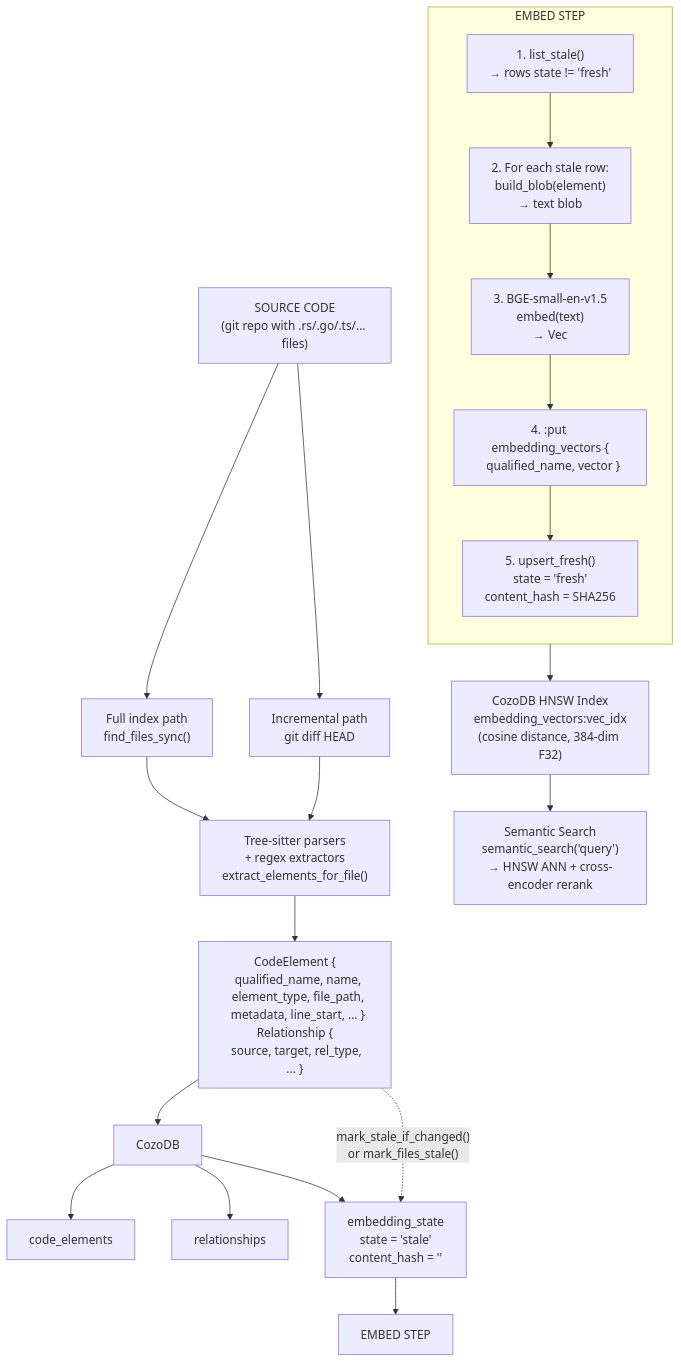
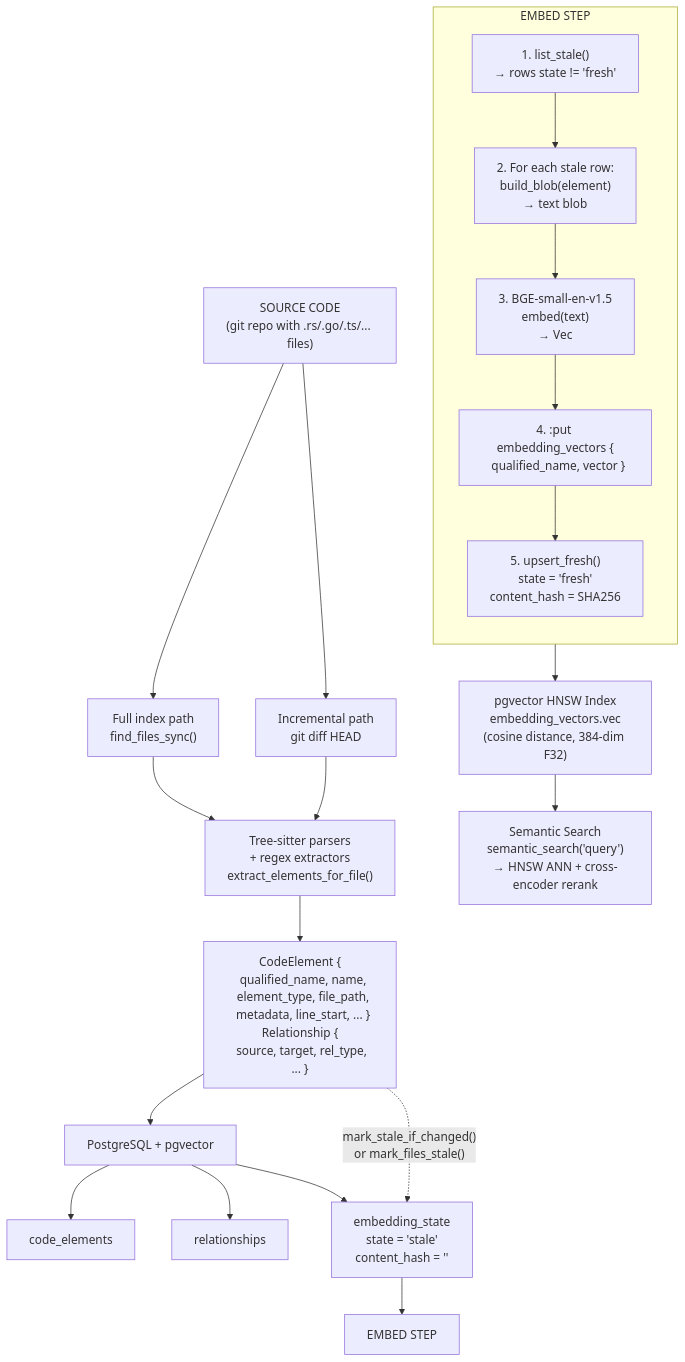
Before and after one commit to FreePeak/LeanKG: the first of 4 diagrams in docs/index-embed-flow.md, drawn with Mermaid. The commit also changed other lines of this file and 114 other files, not shown here.

````diff
--- a/docs/index-embed-flow.md
+++ b/docs/index-embed-flow.md
@@ -691,35 +689,35 @@
 ```mermaid
 flowchart TD
     SRC["SOURCE CODE\n(git repo with .rs/.go/.ts/... files)"]
 
     SRC --> FULL["Full index path\nfind_files_sync()"]
     SRC --> INCR["Incremental path\ngit diff HEAD"]
 
     FULL --> EXTRACT["Tree-sitter parsers\n+ regex extractors\nextract_elements_for_file()"]
     INCR --> EXTRACT
 
     EXTRACT --> ELEM["CodeElement {\n  qualified_name, name,\n  element_type, file_path,\n  metadata, line_start, ... }\nRelationship {\n  source, target, rel_type, ... }"]
 
-    ELEM --> COZO["CozoDB"]
-    COZO --> CE["code_elements"]
-    COZO --> REL["relationships"]
-    COZO --> ES["embedding_state\nstate = 'stale'\ncontent_hash = ''"]
+    ELEM --> PG["PostgreSQL + pgvector"]
+    PG --> CE["code_elements"]
+    PG --> REL["relationships"]
+    PG --> ES["embedding_state\nstate = 'stale'\ncontent_hash = ''"]
 
     ELEM -.->|"mark_stale_if_changed()\nor mark_files_stale()"| ES
 
     ES --> EMBED["EMBED STEP"]
 
     subgraph EMBED_STEP ["EMBED STEP"]
         direction TB
         L1["1. list_stale()\n→ rows state != 'fresh'"]
         L2["2. For each stale row:\nbuild_blob(element)\n→ text blob"]
         L3["3. BGE-small-en-v1.5\nembed(text)\n→ Vec<F32; 384>"]
         L4["4. :put embedding_vectors {\n  qualified_name, vector }"]
         L5["5. upsert_fresh()\nstate = 'fresh'\ncontent_hash = SHA256"]
         L1 --> L2 --> L3 --> L4 --> L5
     end
 
-    EMBED_STEP --> HNSW["CozoDB HNSW Index\nembedding_vectors:vec_idx\n(cosine distance, 384-dim F32)"]
+    EMBED_STEP --> HNSW["pgvector HNSW Index\nembedding_vectors.vec\n(cosine distance, 384-dim F32)"]
 
     HNSW --> SEM["Semantic Search\nsemantic_search('query')\n→ HNSW ANN + cross-encoder rerank"]
 ```
````
